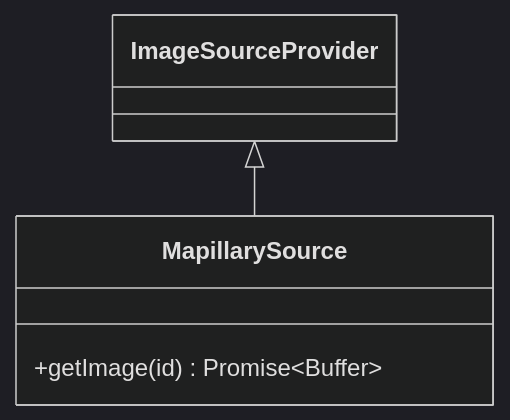
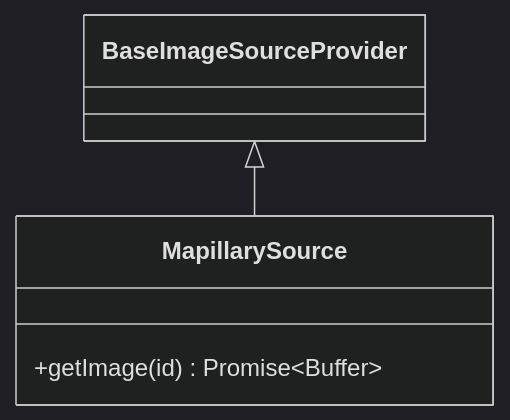
One commit to DrMarcoGilardi/BRANI-360 changed the ninth of 36 diagrams in docs/SERVER_DOCS.md. Above: the diagram before and after it, drawn with Mermaid (dark theme). The commit also changed other lines of this file and 2 other files, not shown here.

````diff
--- a/docs/SERVER_DOCS.md
+++ b/docs/SERVER_DOCS.md
@@ -173,7 +173,7 @@
 ```mermaid
 classDiagram
-ImageSourceProvider <|-- MapillarySource
+BaseImageSourceProvider <|-- MapillarySource
 class MapillarySource{
 +getImage(id) Promise~Buffer~
 }
 ```
````
